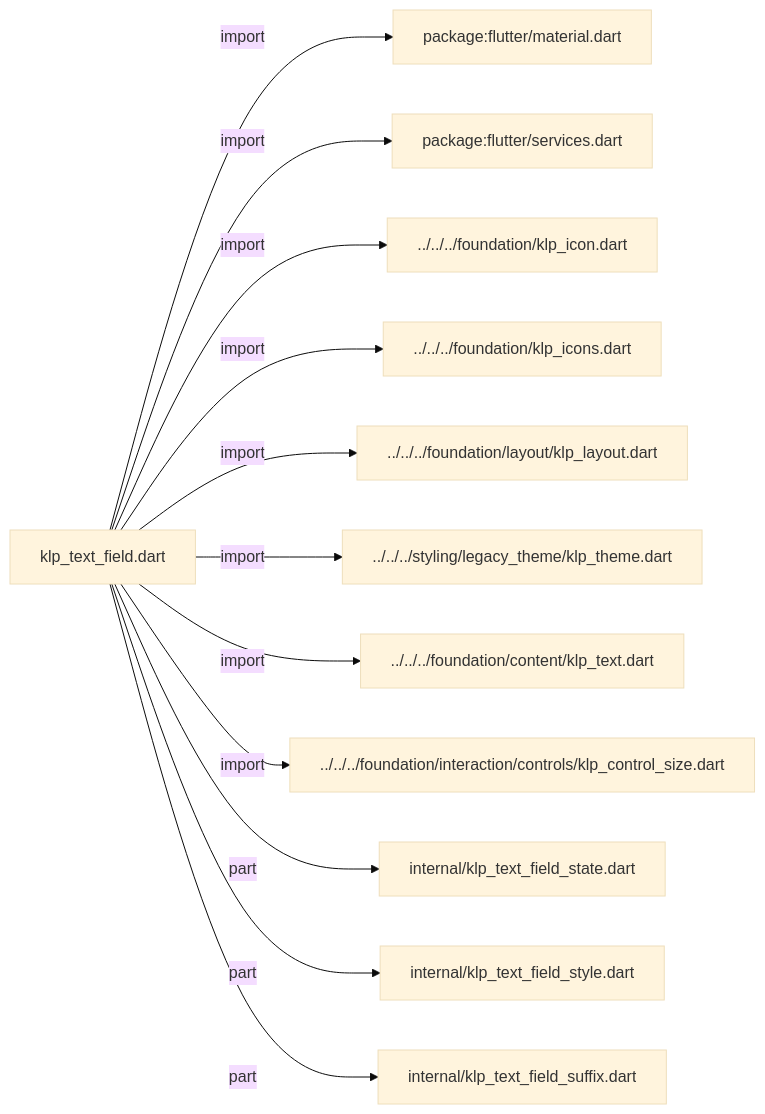
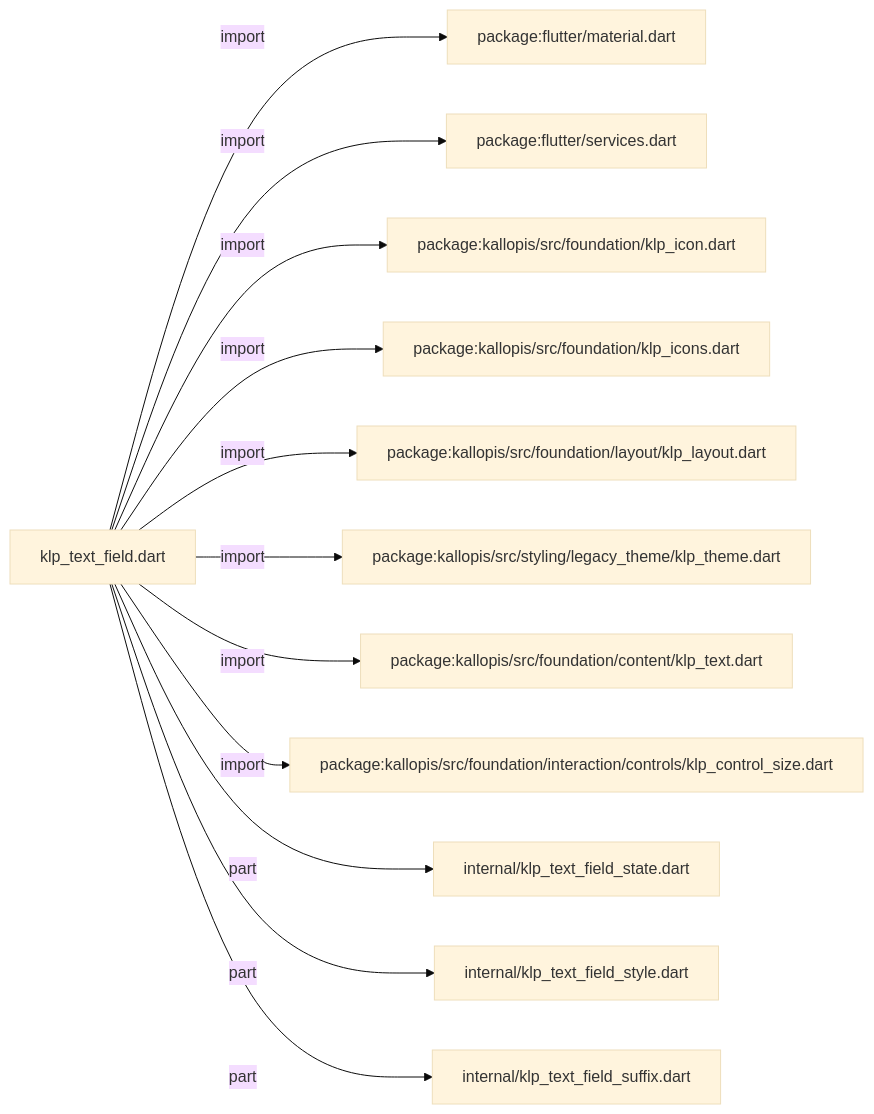
Before and after one commit to MiuDog/Kallopis: the first of 2 diagrams in docs/architecture/src/features/forms/input/klp_text_field.md, drawn with Mermaid (base theme). The commit also changed other lines of this file and 9688 other files, not shown here.

Commit message:
Prepare isolated Flow F2 peer baseline

````diff
--- a/docs/architecture/src/features/forms/input/klp_text_field.md
+++ b/docs/architecture/src/features/forms/input/klp_text_field.md
@@ -11,26 +11,26 @@
 ```mermaid
 flowchart LR
 	n0["klp_text_field.dart"]
 	n1["package:flutter/material.dart"]
 	n2["package:flutter/services.dart"]
-	n3["../../../foundation/klp_icon.dart"]
-	n4["../../../foundation/klp_icons.dart"]
-	n5["../../../foundation/layout/klp_layout.dart"]
-	n6["../../../styling/legacy_theme/klp_theme.dart"]
-	n7["../../../foundation/content/klp_text.dart"]
-	n8["../../../foundation/interaction/controls/klp_control_size.dart"]
+	n3["package:kallopis/src/foundation/klp_icon.dart"]
+	n4["package:kallopis/src/foundation/klp_icons.dart"]
+	n5["package:kallopis/src/foundation/layout/klp_layout.dart"]
+	n6["package:kallopis/src/styling/legacy_theme/klp_theme.dart"]
+	n7["package:kallopis/src/foundation/content/klp_text.dart"]
+	n8["package:kallopis/src/foundation/interaction/controls/klp_control_size.dart"]
 	n9["internal/klp_text_field_state.dart"]
 	n10["internal/klp_text_field_style.dart"]
 	n11["internal/klp_text_field_suffix.dart"]
 	n0 -->|"import"| n1
 	n0 -->|"import"| n2
 	n0 -->|"import"| n3
 	n0 -->|"import"| n4
 	n0 -->|"import"| n5
 	n0 -->|"import"| n6
 	n0 -->|"import"| n7
 	n0 -->|"import"| n8
 	n0 -->|"part"| n9
 	n0 -->|"part"| n10
 	n0 -->|"part"| n11
 ```
````
